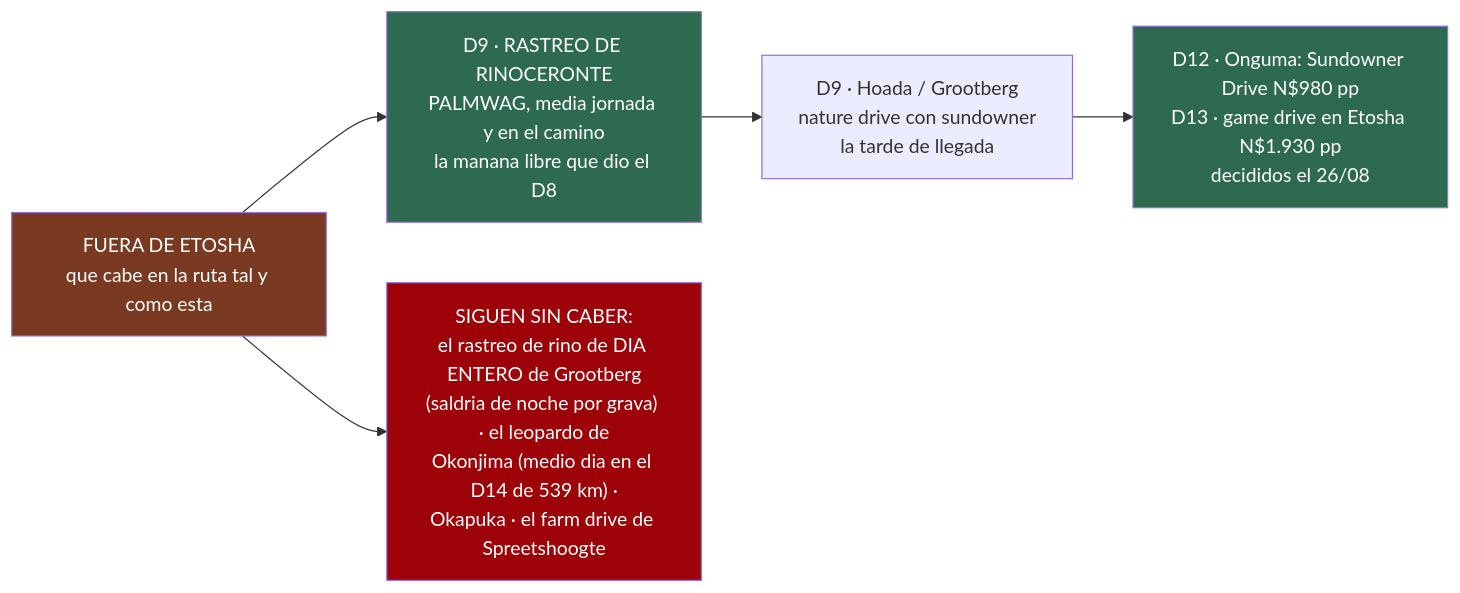
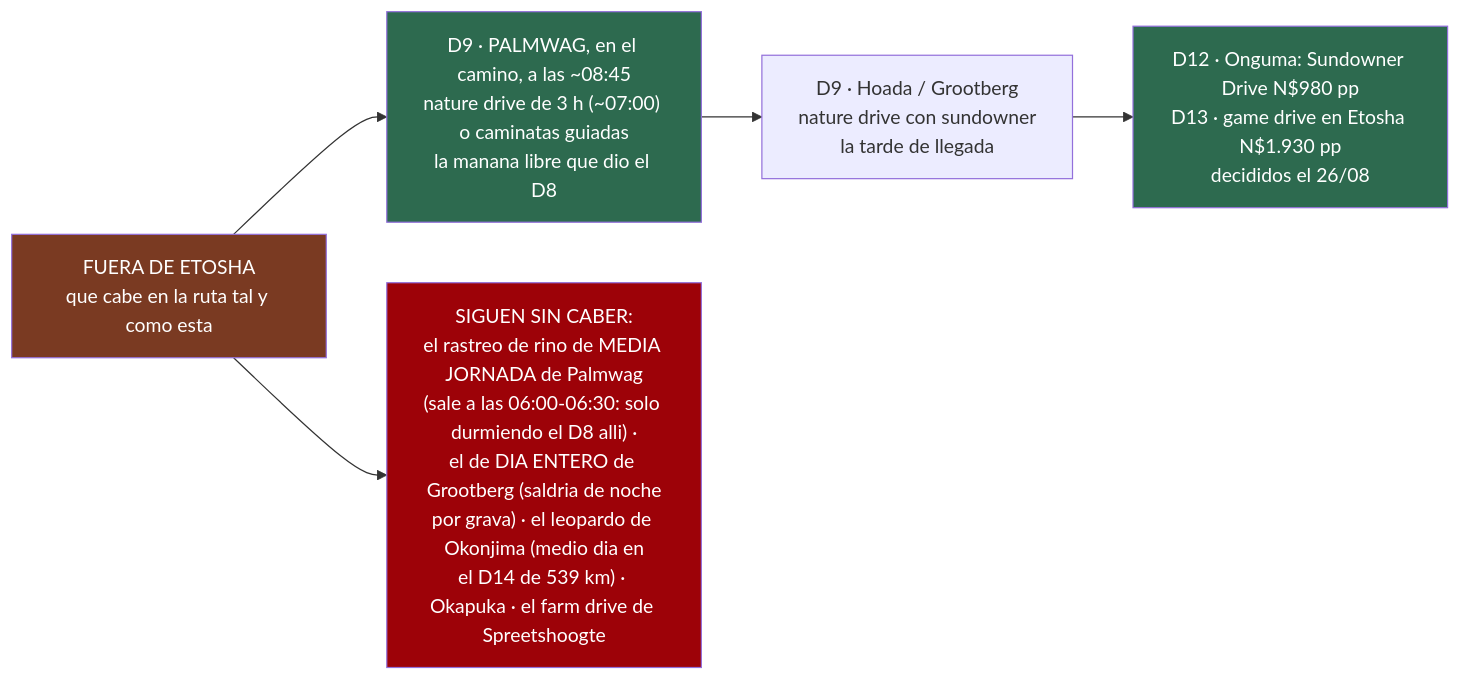
The first of 2 diagrams in 11-entradas-y-permisos.md (morandeirachema/namibia), drawn with Mermaid before and after one commit. The commit also changed other lines of this file and 28 other files, not shown here.

````diff
--- a/11-entradas-y-permisos.md
+++ b/11-entradas-y-permisos.md
@@ -174,15 +174,15 @@
 ```mermaid
 flowchart LR
 %% ancho
     T["FUERA DE ETOSHA<br/>que cabe en la ruta tal y como esta"]
-    S["D9 · RASTREO DE RINOCERONTE<br/>PALMWAG, media jornada y en el camino<br/>la manana libre que dio el D8"]
+    S["D9 · PALMWAG, en el camino, a las ~08:45<br/>nature drive de 3 h (~07:00) o caminatas guiadas<br/>la manana libre que dio el D8"]
     G["D9 · Hoada / Grootberg<br/>nature drive con sundowner<br/>la tarde de llegada"]
     O["D12 · Onguma: Sundowner Drive N$980 pp<br/>D13 · game drive en Etosha N$1.930 pp<br/>decididos el 26/08"]
-    X["SIGUEN SIN CABER:<br/>el rastreo de rino de DIA ENTERO de Grootberg<br/>(saldria de noche por grava) · el leopardo de<br/>Okonjima (medio dia en el D14 de 539 km) ·<br/>Okapuka · el farm drive de Spreetshoogte"]
+    X["SIGUEN SIN CABER:<br/>el rastreo de rino de MEDIA JORNADA de Palmwag<br/>(sale a las 06:00-06:30: solo durmiendo el D8 alli) ·<br/>el de DIA ENTERO de Grootberg (saldria de noche<br/>por grava) · el leopardo de Okonjima (medio dia en<br/>el D14 de 539 km) · Okapuka · el farm drive de Spreetshoogte"]
     T --> S --> G --> O
     T --> X
     style T fill:#7a3a22,color:#fff
     style S fill:#2d6a4f,color:#fff
     style O fill:#2d6a4f,color:#fff
     style X fill:#9d0208,color:#fff
 ```
````
